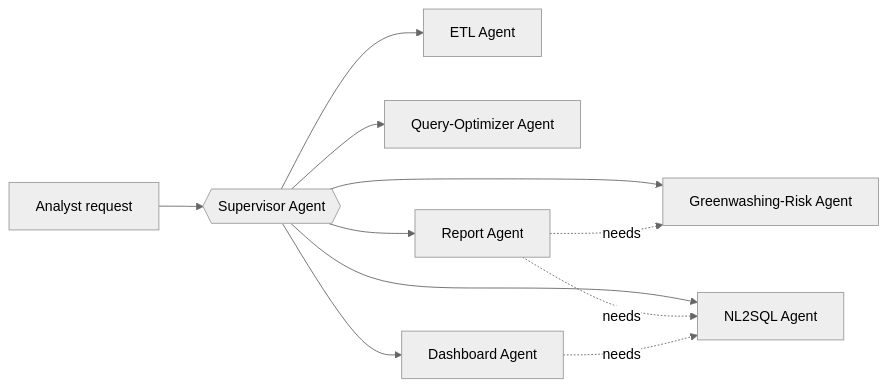
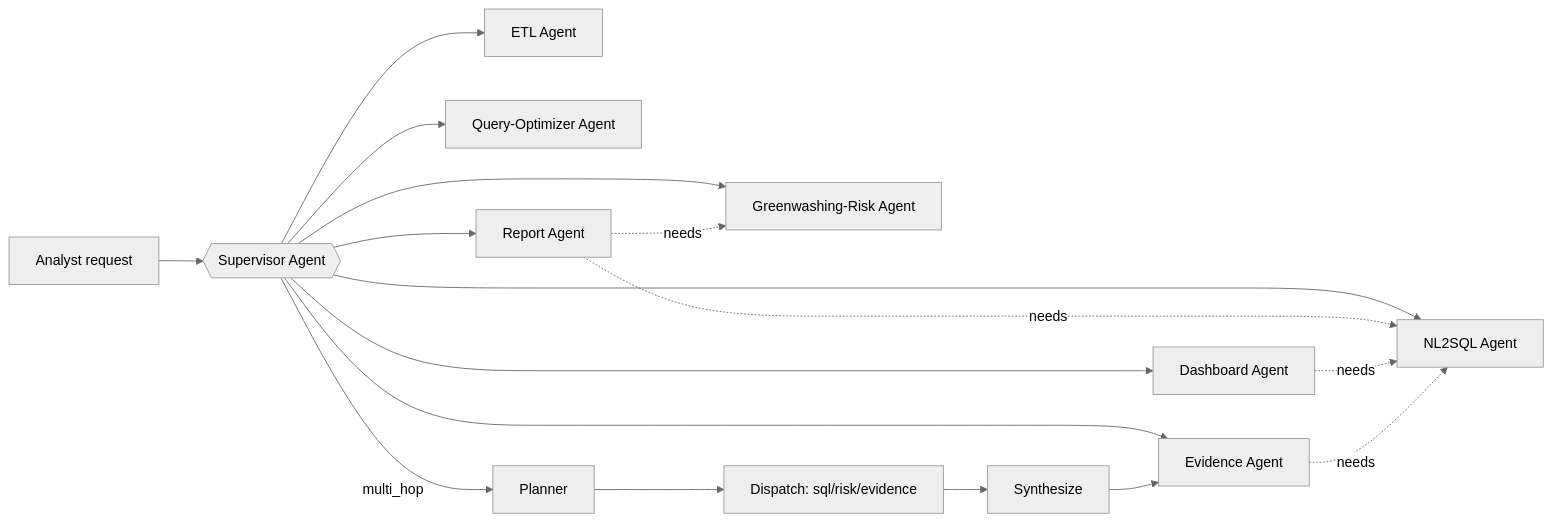
The diagram in docs/ARCHITECTURE.md (BDelfanian/greenlux_sentinel), drawn with Mermaid (neutral theme) before and after one commit. The commit also changed other lines of this file and 37 other files, not shown here.

````diff
--- a/docs/ARCHITECTURE.md
+++ b/docs/ARCHITECTURE.md
@@ -9,13 +13,16 @@
 ```mermaid
 flowchart LR
     U[Analyst request] --> SUP{{Supervisor Agent}}
     SUP --> ETL[ETL Agent]
     SUP --> RISK[Greenwashing-Risk Agent]
     SUP --> SQL[NL2SQL Agent]
     SUP --> OPT[Query-Optimizer Agent]
     SUP --> DASH[Dashboard Agent]
     SUP --> REP[Report Agent]
+    SUP --> EVID[Evidence Agent]
+    SUP -->|multi_hop| PLAN[Planner] --> DISP[Dispatch: sql/risk/evidence] --> SYN[Synthesize] --> EVID
     REP -.needs.-> RISK
     REP -.needs.-> SQL
     DASH -.needs.-> SQL
+    EVID -.needs.-> SQL
 ```
````
